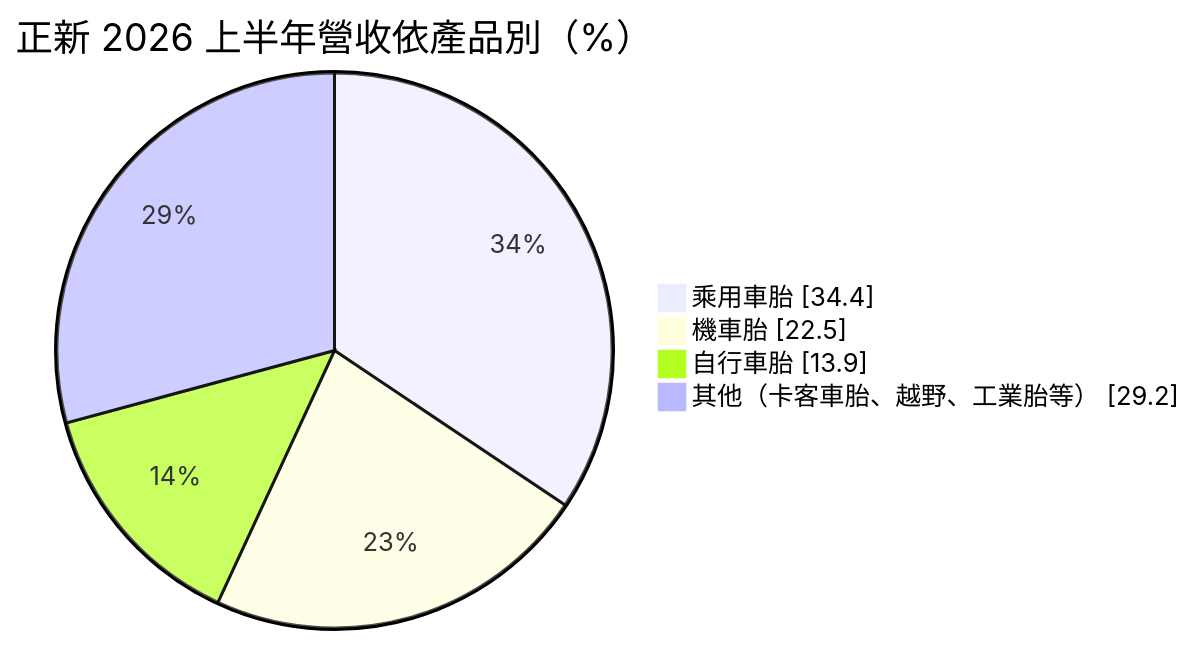
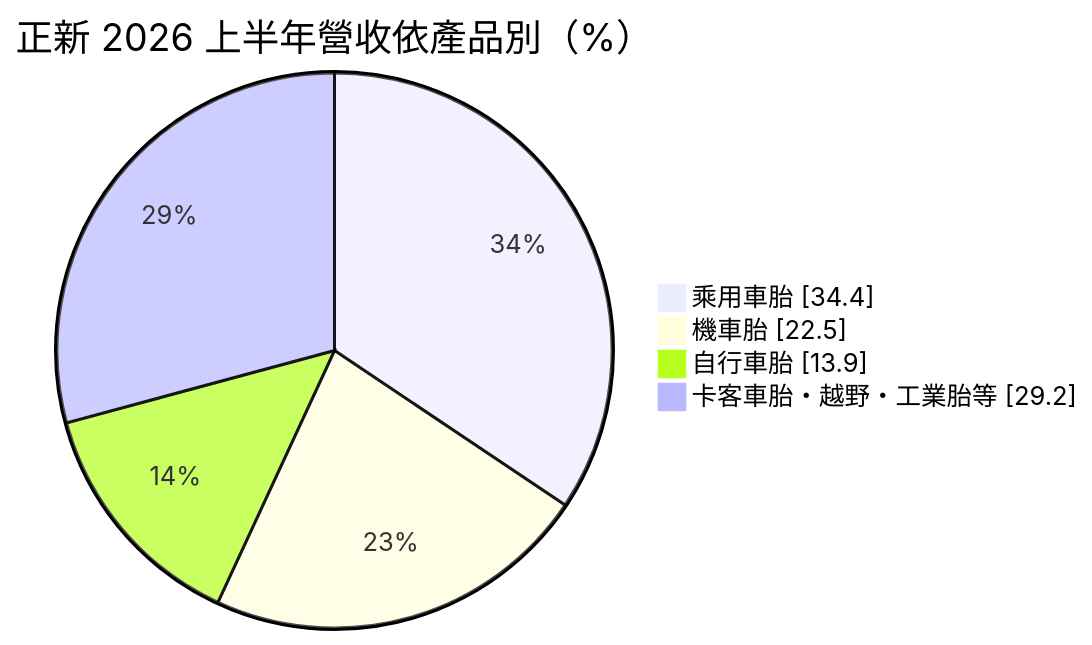
The first of 4 diagrams in 個股/台股/2105正新.md (wangnick1004/taiwan-stock-vault), drawn with Mermaid before and after one commit. The commit also changed other lines of this file and 16 other files, not shown here.

````diff
--- a/個股/台股/2105正新.md
+++ b/個股/台股/2105正新.md
@@ -54,8 +51,8 @@
 ```mermaid
 pie showData
     title 正新 2026 上半年營收依產品別（%）
     "乘用車胎" : 34.4
     "機車胎" : 22.5
     "自行車胎" : 13.9
-    "其他（卡客車胎、越野、工業胎等）" : 29.2
+    "卡客車胎・越野・工業胎等" : 29.2
 ```
````
